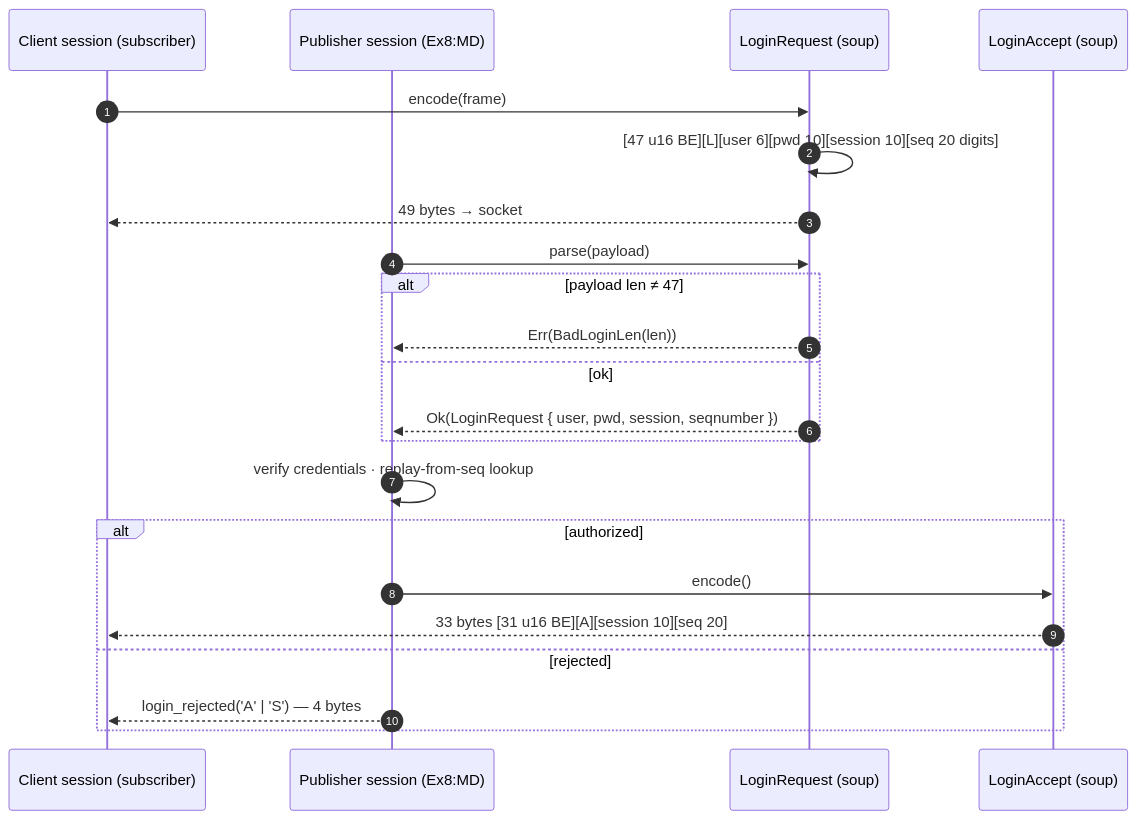
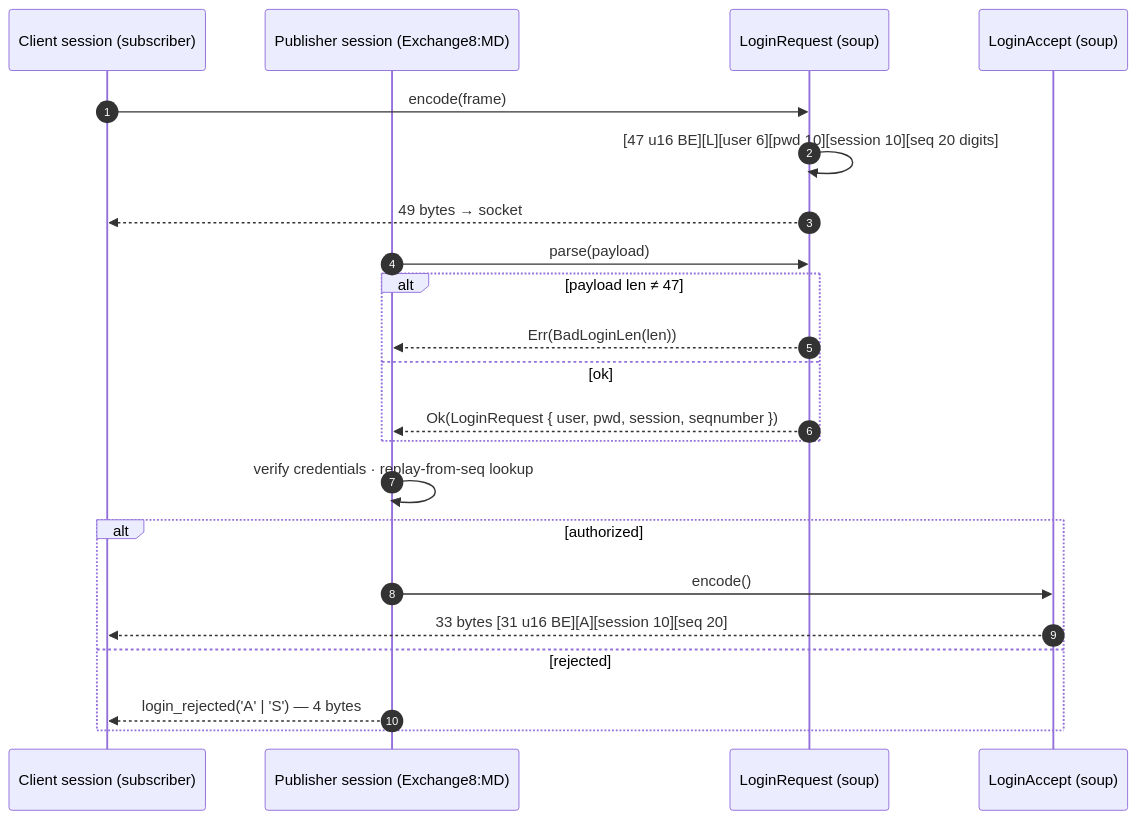
Before and after one commit to Exchange8-dev/exchange8-sdk: the second of 8 diagrams in crates/soup/DESIGN.md, drawn with Mermaid. The commit also changed other lines of this file and 29 other files, not shown here.

````diff
--- a/crates/soup/DESIGN.md
+++ b/crates/soup/DESIGN.md
@@ -95,25 +95,25 @@
 ```mermaid
 sequenceDiagram
     autonumber
     participant C as Client session (subscriber)
-    participant S as Publisher session (Ex8:MD)
+    participant S as Publisher session (Exchange8:MD)
     participant L as LoginRequest (soup)
     participant A as LoginAccept (soup)
 
     C->>L: encode(frame)
     L->>L: [47 u16 BE][L][user 6][pwd 10][session 10][seq 20 digits]
     L-->>C: 49 bytes → socket
     S->>L: parse(payload)
     alt payload len ≠ 47
         L-->>S: Err(BadLoginLen(len))
     else ok
         L-->>S: Ok(LoginRequest { user, pwd, session, seqnumber })
     end
     S->>S: verify credentials · replay-from-seq lookup
     alt authorized
         S->>A: encode()
         A-->>C: 33 bytes [31 u16 BE][A][session 10][seq 20]
     else rejected
         S-->>C: login_rejected('A' | 'S') — 4 bytes
     end
 ```
````
